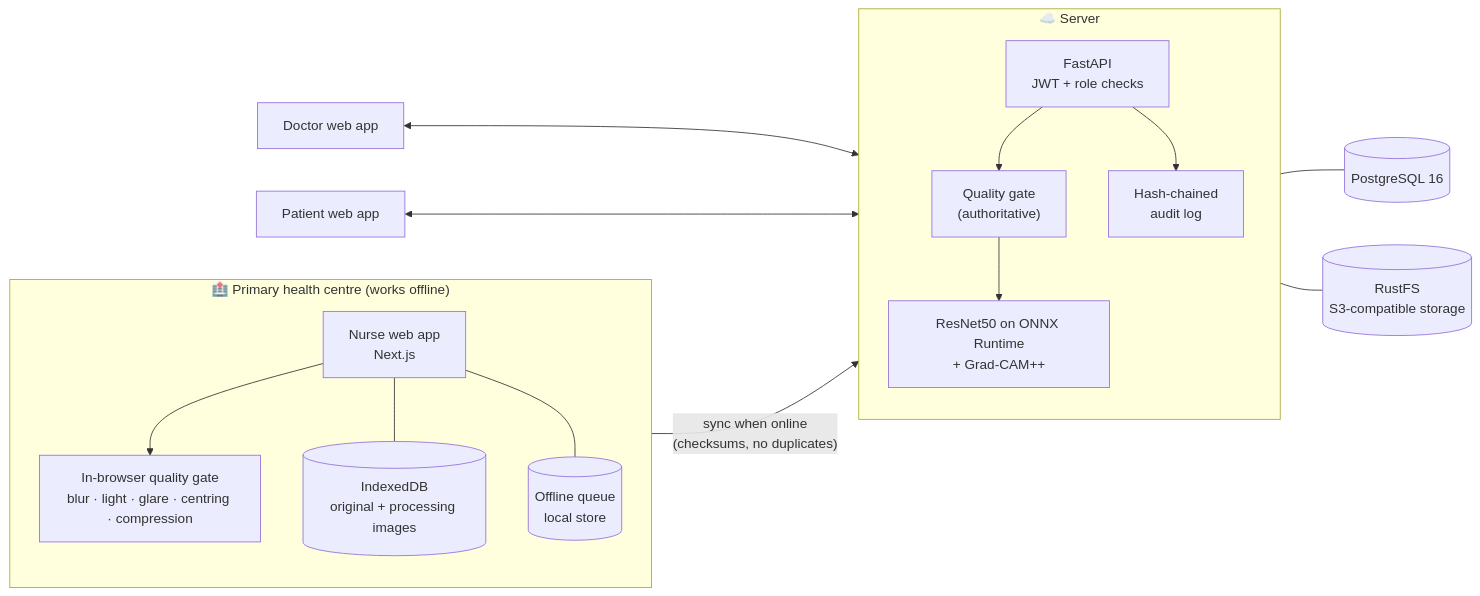
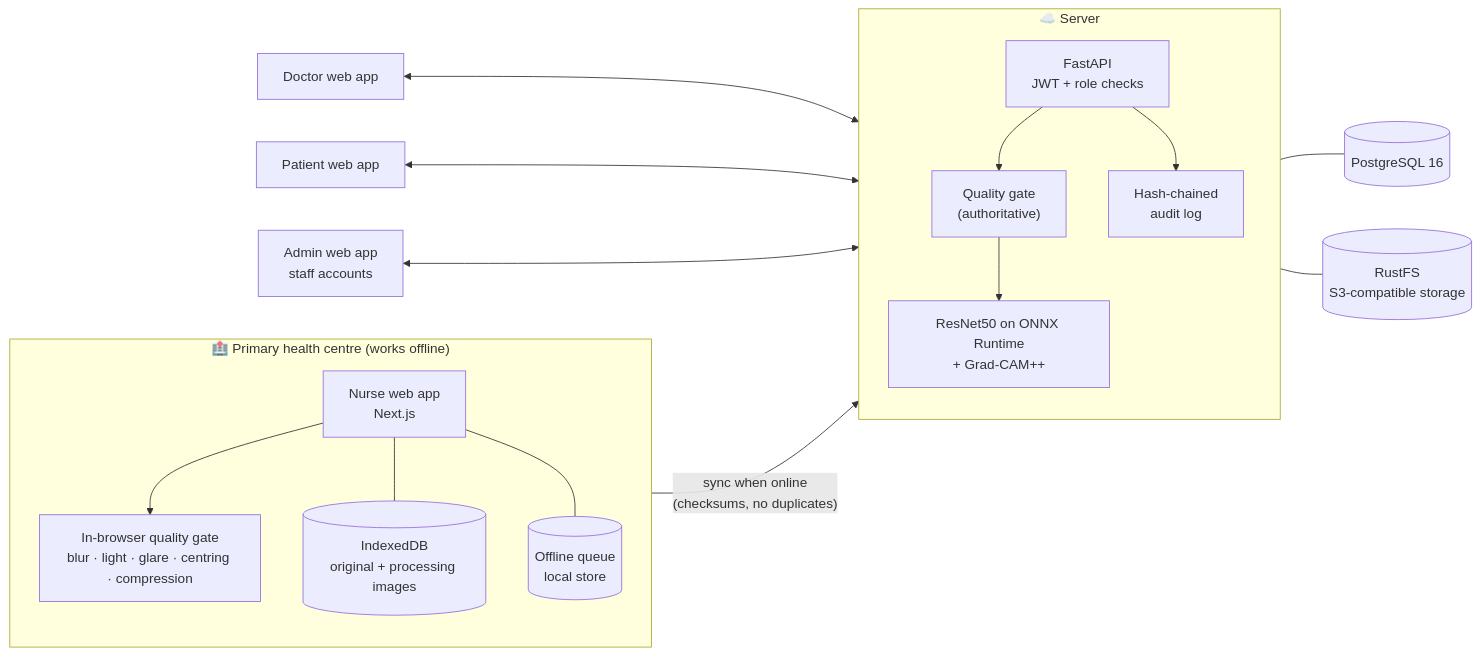
Before and after one commit to Adi20-06/Diabetic-retinopathy: the first of 11 diagrams in README.md, drawn with Mermaid. The commit also changed other lines of this file and 25 other files, not shown here.

````diff
--- a/README.md
+++ b/README.md
@@ -68,34 +71,36 @@
 ```mermaid
 flowchart LR
     subgraph FIELD["🏥 Primary health centre (works offline)"]
         direction TB
         NA["Nurse web app<br/>Next.js"]
         GATE["In-browser quality gate<br/>blur · light · glare · centring · compression"]
         IDB[("IndexedDB<br/>original + processing images")]
         Q[("Offline queue<br/>local store")]
         NA --> GATE
         NA --- IDB
         NA --- Q
     end
 
     subgraph SERVER["☁️ Server"]
         direction TB
         API["FastAPI<br/>JWT + role checks"]
         SG["Quality gate<br/>(authoritative)"]
         ML["ResNet50 on ONNX Runtime<br/>+ Grad-CAM++"]
         AUD["Hash-chained<br/>audit log"]
         API --> SG --> ML
         API --> AUD
     end
 
     PG[("PostgreSQL 16")]
     S3[("RustFS<br/>S3-compatible storage")]
     DA["Doctor web app"]
     PA["Patient web app"]
+    AA["Admin web app<br/>staff accounts"]
 
     Q -- "sync when online<br/>(checksums, no duplicates)" --> API
     API --- PG
     API --- S3
     DA <--> API
     PA <--> API
+    AA <--> API
 ```
````
